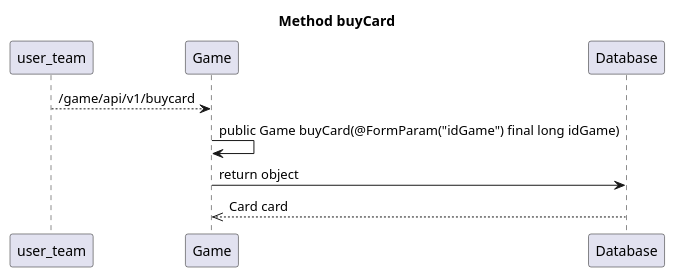
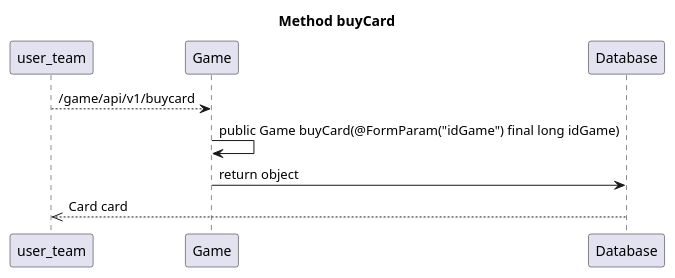
The diagram in docs/uml/sBuyCard.puml (orion-services/game), drawn with PlantUML before and after one commit.

```diff
--- a/docs/uml/sBuyCard.puml
+++ b/docs/uml/sBuyCard.puml
@@ -1,12 +1,12 @@
 @startuml
     title Method buyCard
 
     participant user_team as user
     participant Game as game
     participant Database as db
 
     user-->game: /game/api/v1/buycard
     game->game: public Game buyCard(@FormParam("idGame") final long idGame)
     game->db: return object
-    db-->>game: Card card
+    db-->>user: Card card
 @enduml
```
